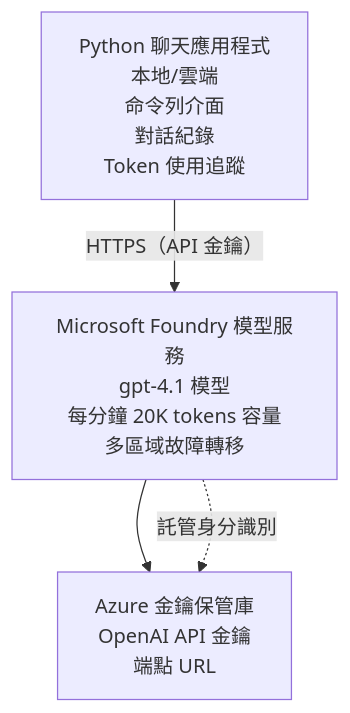
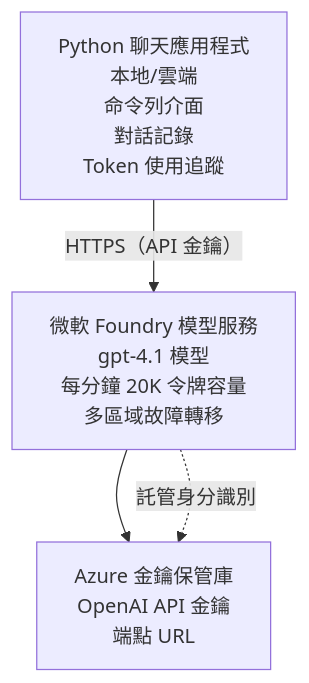
One commit to microsoft/AZD-for-beginners changed the diagram in translations/zh-TW/examples/azure-openai-chat/README.md. Above: the diagram before and after it, drawn with Mermaid. The commit also changed other lines of this file and 104 other files, not shown here.

````diff
--- a/translations/zh-TW/examples/azure-openai-chat/README.md
+++ b/translations/zh-TW/examples/azure-openai-chat/README.md
@@ -26,6 +26,6 @@
 ```mermaid
 graph TD
-    App[Python 聊天應用程式<br/>本地/雲端<br/>命令列介面<br/>對話紀錄<br/>Token 使用追蹤] -- "HTTPS（API 金鑰）" --> Foundry[Microsoft Foundry 模型服務<br/>gpt-4.1 模型<br/>每分鐘 20K tokens 容量<br/>多區域故障轉移]
+    App[Python 聊天應用程式<br/>本地/雲端<br/>命令列介面<br/>對話記錄<br/>Token 使用追蹤] -- "HTTPS（API 金鑰）" --> Foundry[微軟 Foundry 模型服務<br/>gpt-4.1 模型<br/>每分鐘 20K 令牌容量<br/>多區域故障轉移]
     Foundry --> KV[Azure 金鑰保管庫<br/>OpenAI API 金鑰<br/>端點 URL]
     Foundry -. 託管身分識別 .-> KV
 ```
````
